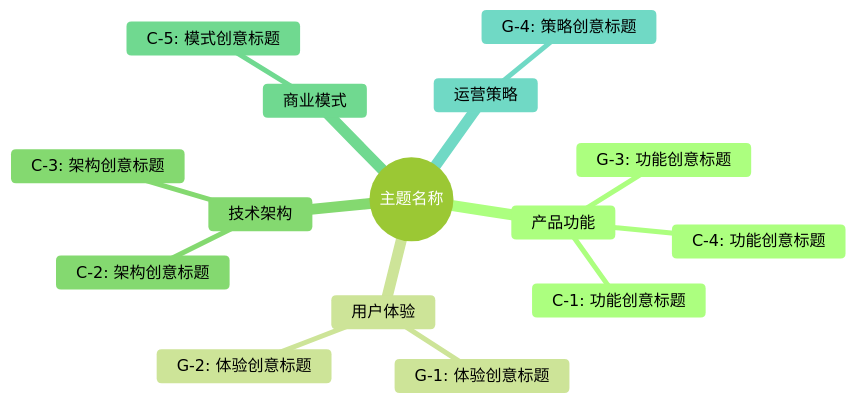
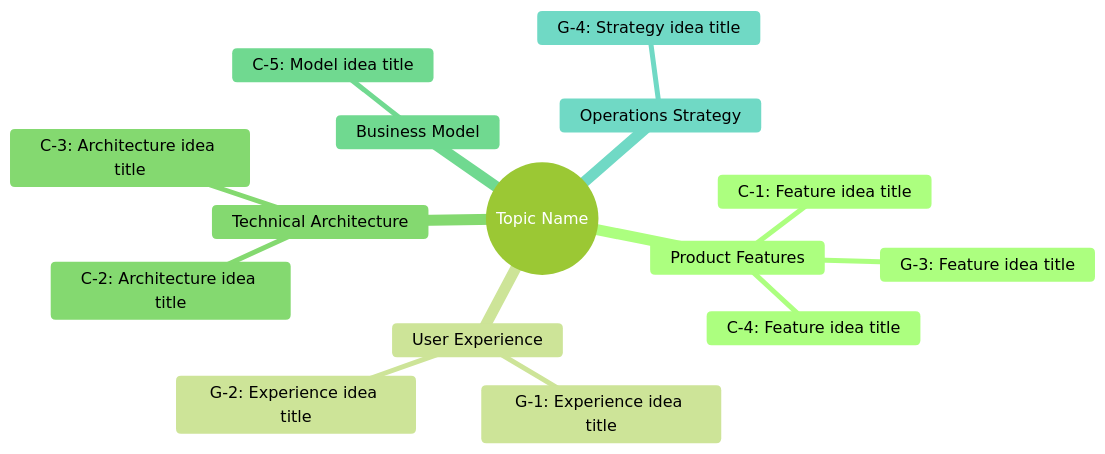
Before and after one commit to zengwenliang416/my-plugins: the first of 10 diagrams in plugins/brainstorm/skills/idea-evaluator/references/mermaid-templates.md, drawn with Mermaid (forest theme). The commit also changed other lines of this file and 3 other files, not shown here.

````diff
--- a/plugins/brainstorm/skills/idea-evaluator/references/mermaid-templates.md
+++ b/plugins/brainstorm/skills/idea-evaluator/references/mermaid-templates.md
@@ -7,18 +7,18 @@
 ```mermaid
 mindmap
-  root((主题名称))
-    产品功能
-      C-1: 功能创意标题
-      C-4: 功能创意标题
-      G-3: 功能创意标题
-    用户体验
-      G-1: 体验创意标题
-      G-2: 体验创意标题
-    技术架构
-      C-2: 架构创意标题
-      C-3: 架构创意标题
-    商业模式
-      C-5: 模式创意标题
-    运营策略
-      G-4: 策略创意标题
+  root((Topic Name))
+    Product Features
+      C-1: Feature idea title
+      C-4: Feature idea title
+      G-3: Feature idea title
+    User Experience
+      G-1: Experience idea title
+      G-2: Experience idea title
+    Technical Architecture
+      C-2: Architecture idea title
+      C-3: Architecture idea title
+    Business Model
+      C-5: Model idea title
+    Operations Strategy
+      G-4: Strategy idea title
 ```
````
